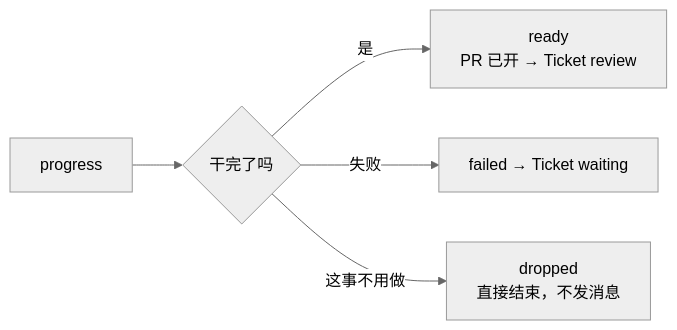
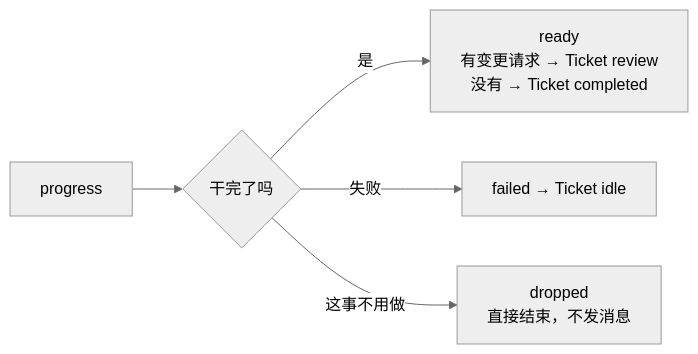
The fifth of 10 diagrams in docs/flow.md (hairyfbot/dsh-supermesh), drawn with Mermaid (neutral theme) before and after one commit. The commit also changed other lines of this file and 44 other files, not shown here.

First line of the commit message:
fix(ticket): 票阶段对齐官方，waiting 拆成 queued / idle 并补 completed 终态

````diff
--- a/docs/flow.md
+++ b/docs/flow.md
@@ -197,7 +206,7 @@
 ```mermaid
 flowchart LR
     P["progress"] --> R{"干完了吗"}
-    R -->|是| READY["ready<br/>PR 已开 → Ticket review"]
-    R -->|失败| F["failed → Ticket waiting"]
+    R -->|是| READY["ready<br/>有变更请求 → Ticket review<br/>没有 → Ticket completed"]
+    R -->|失败| F["failed → Ticket idle"]
     R -->|"这事不用做"| D["dropped<br/>直接结束，不发消息"]
 ```
````
